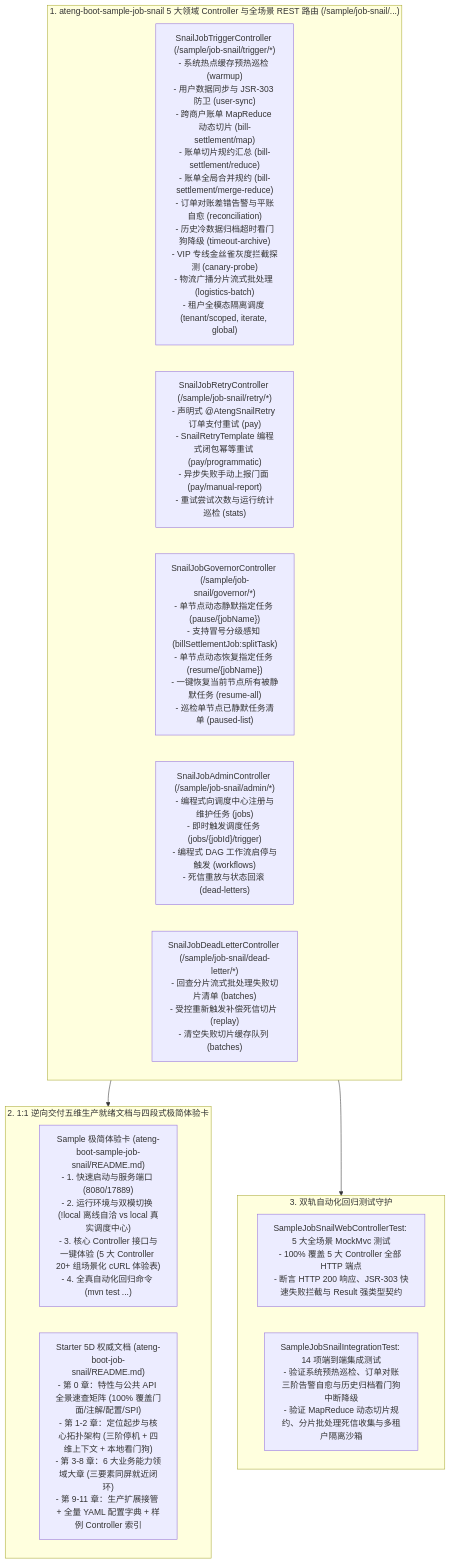
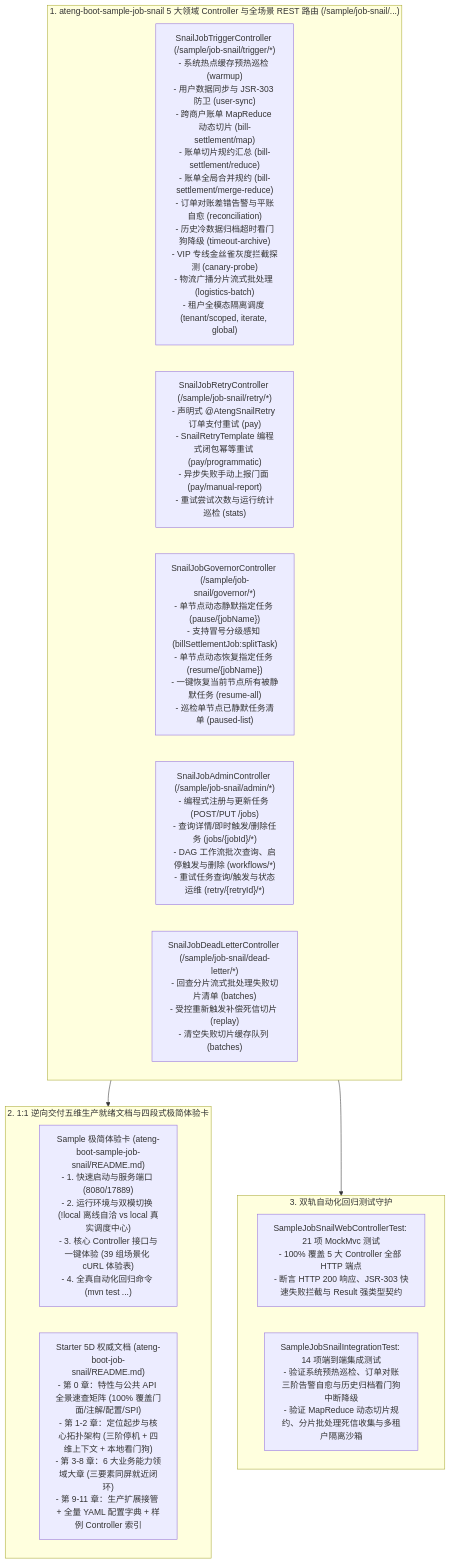
The diagram in docs/adr/0104-snail-job-sample-multi-controller-and-documentation-specification-architecture.md (atengk/ateng-boot), drawn with Mermaid before and after one commit. The commit also changed other lines of this file and 24 other files, not shown here.

First line of the commit message:
fix(job-snail): 依据三阶段代码审查意见修复架构文档、并发隔离、契约校验与 README 一致性问题

````diff
--- a/docs/adr/0104-snail-job-sample-multi-controller-and-documentation-specification-architecture.md
+++ b/docs/adr/0104-snail-job-sample-multi-controller-and-documentation-specification-architecture.md
@@ -27,23 +27,23 @@
 ```mermaid
 flowchart TD
     subgraph SampleMatrix["1. ateng-boot-sample-job-snail 5 大领域 Controller 与全场景 REST 路由 (/sample/job-snail/...)"]
         TriggerCtrl["SnailJobTriggerController (/sample/job-snail/trigger/*)\n- 系统热点缓存预热巡检 (warmup)\n- 用户数据同步与 JSR-303 防卫 (user-sync)\n- 跨商户账单 MapReduce 动态切片 (bill-settlement/map)\n- 账单切片规约汇总 (bill-settlement/reduce)\n- 账单全局合并规约 (bill-settlement/merge-reduce)\n- 订单对账差错告警与平账自愈 (reconciliation)\n- 历史冷数据归档超时看门狗降级 (timeout-archive)\n- VIP 专线金丝雀灰度拦截探测 (canary-probe)\n- 物流广播分片流式批处理 (logistics-batch)\n- 租户全模态隔离调度 (tenant/scoped, iterate, global)"]
         RetryCtrl["SnailJobRetryController (/sample/job-snail/retry/*)\n- 声明式 @AtengSnailRetry 订单支付重试 (pay)\n- SnailRetryTemplate 编程式闭包幂等重试 (pay/programmatic)\n- 异步失败手动上报门面 (pay/manual-report)\n- 重试尝试次数与运行统计巡检 (stats)"]
         GovernorCtrl["SnailJobGovernorController (/sample/job-snail/governor/*)\n- 单节点动态静默指定任务 (pause/{jobName})\n- 支持冒号分级感知 (billSettlementJob:splitTask)\n- 单节点动态恢复指定任务 (resume/{jobName})\n- 一键恢复当前节点所有被静默任务 (resume-all)\n- 巡检单节点已静默任务清单 (paused-list)"]
-        AdminCtrl["SnailJobAdminController (/sample/job-snail/admin/*)\n- 编程式向调度中心注册与维护任务 (jobs)\n- 即时触发调度任务 (jobs/{jobId}/trigger)\n- 编程式 DAG 工作流启停与触发 (workflows)\n- 死信重放与状态回滚 (dead-letters)"]
+        AdminCtrl["SnailJobAdminController (/sample/job-snail/admin/*)\n- 编程式注册与更新任务 (POST/PUT /jobs)\n- 查询详情/即时触发/删除任务 (jobs/{jobId}/*)\n- DAG 工作流批次查询、启停触发与删除 (workflows/*)\n- 重试任务查询/触发与状态运维 (retry/{retryId}/*)"]
         DeadLetterCtrl["SnailJobDeadLetterController (/sample/job-snail/dead-letter/*)\n- 回查分片流式批处理失败切片清单 (batches)\n- 受控重新触发补偿死信切片 (replay)\n- 清空失败切片缓存队列 (batches)"]
     end
 
     subgraph DocSpec["2. 1:1 逆向交付五维生产就绪文档与四段式极简体验卡"]
-        SampleReadme["Sample 极简体验卡 (ateng-boot-sample-job-snail/README.md)\n- 1. 快速启动与服务端口 (8080/17889)\n- 2. 运行环境与双模切换 (!local 离线自洽 vs local 真实调度中心)\n- 3. 核心 Controller 接口与一键体验 (5 大 Controller 20+ 组场景化 cURL 体验表)\n- 4. 全真自动化回归命令 (mvn test ...)"]
+        SampleReadme["Sample 极简体验卡 (ateng-boot-sample-job-snail/README.md)\n- 1. 快速启动与服务端口 (8080/17889)\n- 2. 运行环境与双模切换 (!local 离线自洽 vs local 真实调度中心)\n- 3. 核心 Controller 接口与一键体验 (39 组场景化 cURL 体验表)\n- 4. 全真自动化回归命令 (mvn test ...)"]
         StarterReadme["Starter 5D 权威文档 (ateng-boot-job-snail/README.md)\n- 第 0 章：特性与公共 API 全景速查矩阵 (100% 覆盖门面/注解/配置/SPI)\n- 第 1-2 章：定位起步与核心拓扑架构 (三阶停机 + 四维上下文 + 本地看门狗)\n- 第 3-8 章：6 大业务能力领域大章 (三要素同屏就近闭环)\n- 第 9-11 章：生产扩展接管 + 全量 YAML 配置字典 + 样例 Controller 索引"]
     end
 
     subgraph TestHarness["3. 双轨自动化回归测试守护"]
-        WebMockMvcTests["SampleJobSnailWebControllerTest: 5 大全场景 MockMvc 测试\n- 100% 覆盖 5 大 Controller 全部 HTTP 端点\n- 断言 HTTP 200 响应、JSR-303 快速失败拦截与 Result<T> 强类型契约"]
+        WebMockMvcTests["SampleJobSnailWebControllerTest: 21 项 MockMvc 测试\n- 100% 覆盖 5 大 Controller 全部 HTTP 端点\n- 断言 HTTP 200 响应、JSR-303 快速失败拦截与 Result<T> 强类型契约"]
         E2eOfflineTests["SampleJobSnailIntegrationTest: 14 项端到端集成测试\n- 验证系统预热巡检、订单对账三阶告警自愈与历史归档看门狗中断降级\n- 验证 MapReduce 动态切片规约、分片批处理死信收集与多租户隔离沙箱"]
     end
 
     SampleMatrix --> DocSpec
     SampleMatrix --> TestHarness
 ```
````
